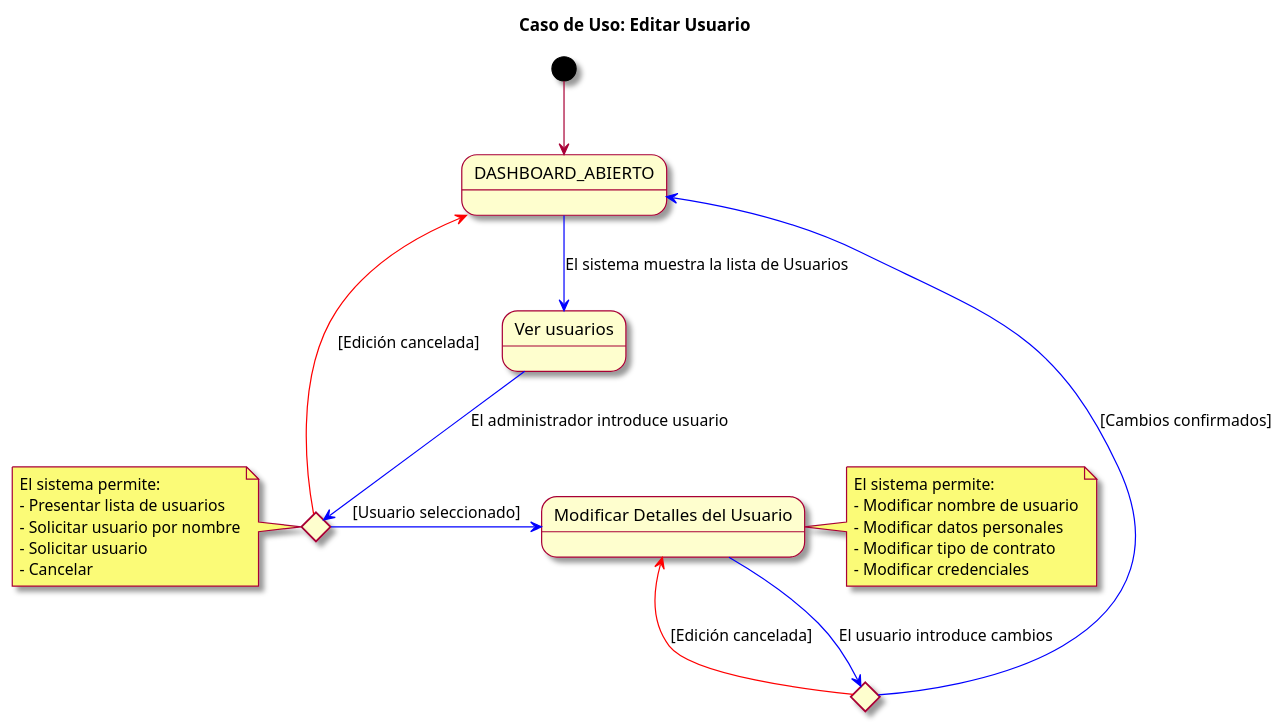
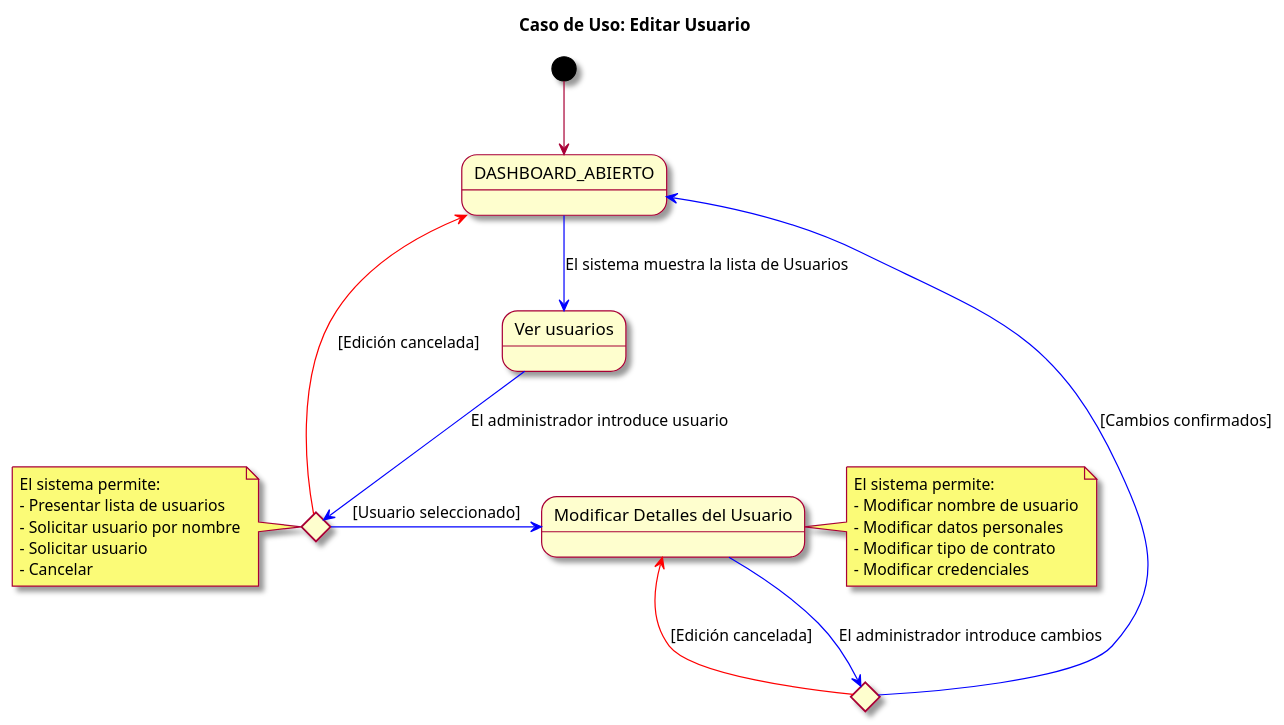
Before and after one commit to mmasias/23-24-IdSw1-SDR: the diagram in modelosUML/casosDeUso/detalles/editarUsuario.puml, drawn with PlantUML. The commit also changed 5 other files, not shown here.

Commit message:
fix: Diagramas de Casos de Uso

```diff
--- a/modelosUML/casosDeUso/detalles/editarUsuario.puml
+++ b/modelosUML/casosDeUso/detalles/editarUsuario.puml
@@ -1,37 +1,37 @@
-@startuml
+@startuml editarUsuario
 skin rose
 title Caso de Uso: Editar Usuario
 
 state DASHBOARD_ABIERTO as "DASHBOARD_ABIERTO"
 state ListaUsuarios as "Ver usuarios"
 state SeleccionarUsuario <<choice>>
 state ModificarDetallesUsuario as "Modificar Detalles del Usuario"
 state ConfirmarCambios <<choice>>
 
 [*] -d-> DASHBOARD_ABIERTO
 DASHBOARD_ABIERTO -d[#blue]-> ListaUsuarios : El sistema muestra la lista de Usuarios
 ListaUsuarios -d[#blue]-> SeleccionarUsuario : El administrador introduce usuario
 SeleccionarUsuario -r[#blue]-> ModificarDetallesUsuario : [Usuario seleccionado]
-ModificarDetallesUsuario -d[#blue]-> ConfirmarCambios : El usuario introduce cambios
+ModificarDetallesUsuario -d[#blue]-> ConfirmarCambios : El administrador introduce cambios
 ConfirmarCambios -r[#blue]-> DASHBOARD_ABIERTO : [Cambios confirmados]
 ConfirmarCambios -l[#red]-> ModificarDetallesUsuario : [Edición cancelada]
 SeleccionarUsuario -l[#red]-> DASHBOARD_ABIERTO : [Edición cancelada]
 
 note right of ModificarDetallesUsuario
   El sistema permite:
   - Modificar nombre de usuario
   - Modificar datos personales
   - Modificar tipo de contrato
   - Modificar credenciales
 end note
 
 note left of SeleccionarUsuario
   El sistema permite:
   - Presentar lista de usuarios
   - Solicitar usuario por nombre
   - Solicitar usuario
   - Cancelar
 end note
 
 
 @enduml
```
